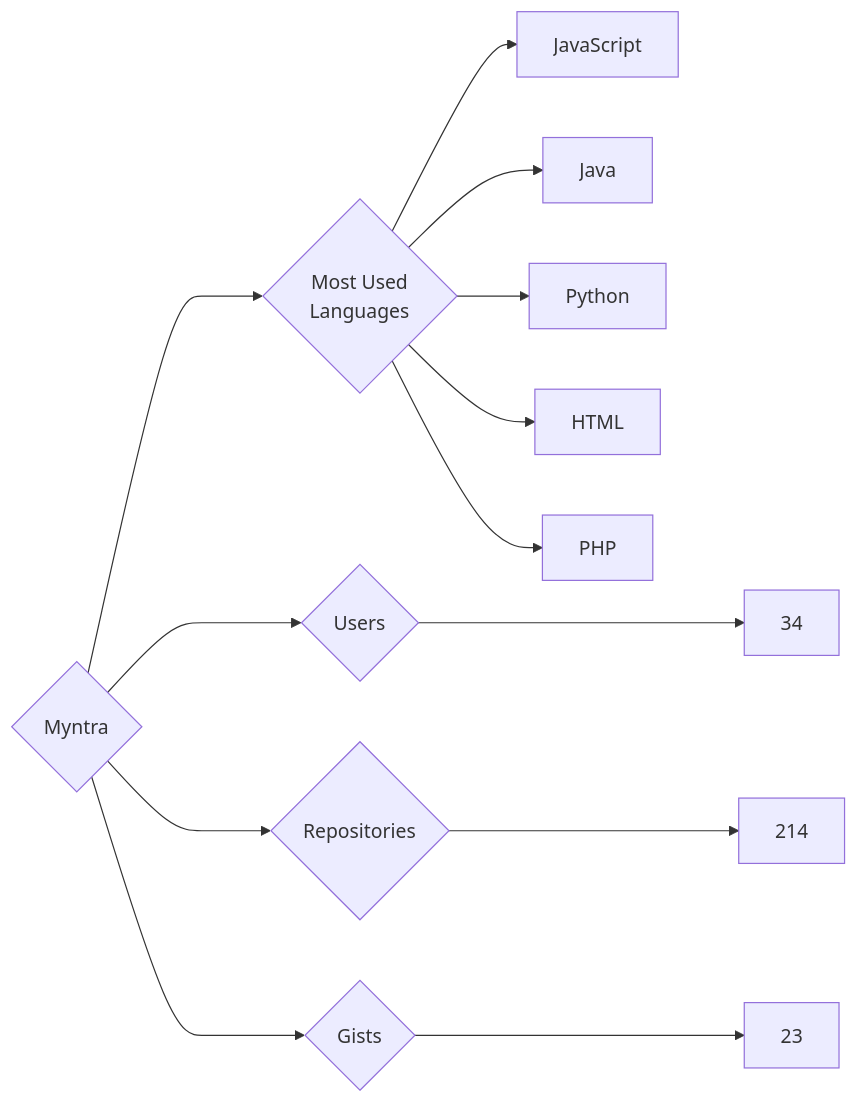
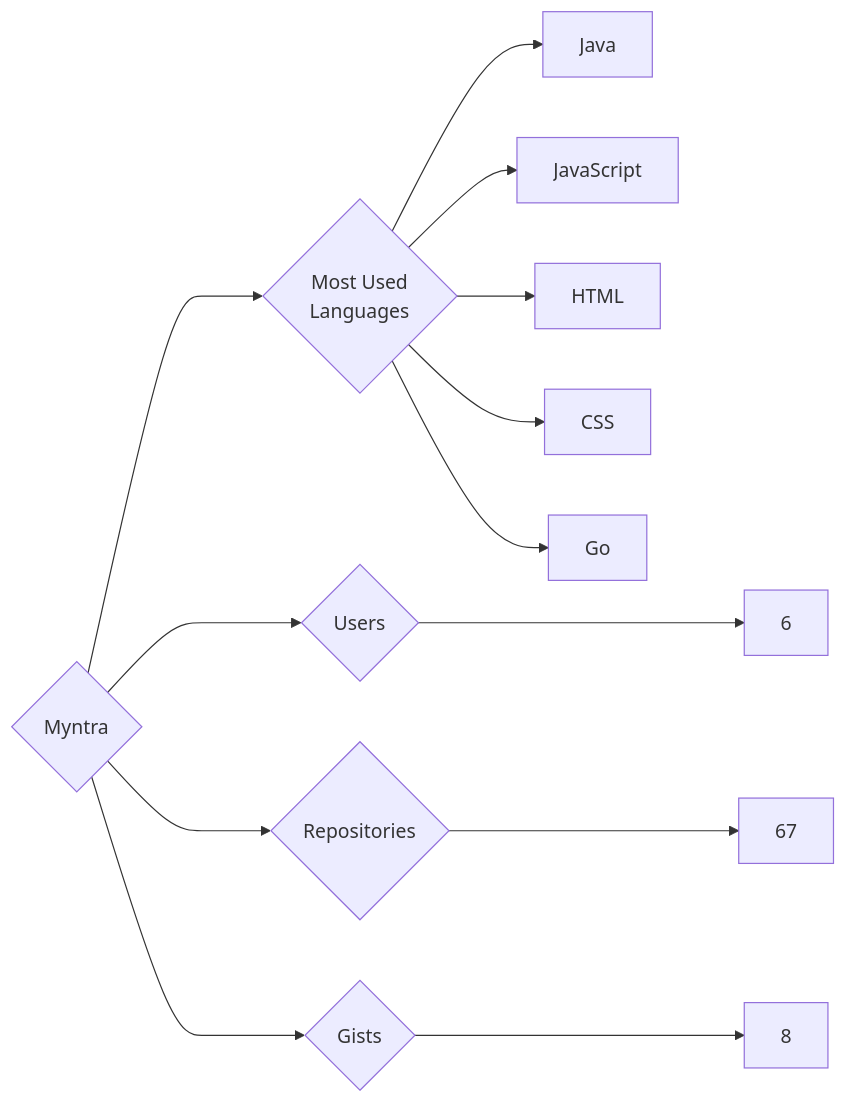
Before and after one commit to trickest/insiders: the diagram in targets/Myntra/README.md, drawn with Mermaid. The commit also changed 964 other files, not shown here.

````diff
--- a/targets/Myntra/README.md
+++ b/targets/Myntra/README.md
@@ -3,13 +3,13 @@
 ```mermaid
 graph LR
 COMPANY_NAME{Myntra}
-COMPANY_NAME ---> U{Users} ---> UN[34]
-COMPANY_NAME ---> R{Repositories} ---> RN[214]
-COMPANY_NAME ---> G{Gists} ---> GN[23]
+COMPANY_NAME ---> U{Users} ---> UN[6]
+COMPANY_NAME ---> R{Repositories} ---> RN[67]
+COMPANY_NAME ---> G{Gists} ---> GN[8]
 COMPANY_NAME ---> ML{Most Used<br>Languages}
+ML --> Java[Java]
 ML --> JavaScript[JavaScript]
-ML --> Java[Java]
-ML --> Python[Python]
 ML --> HTML[HTML]
-ML --> PHP[PHP]
+ML --> CSS[CSS]
+ML --> Go[Go]
 ```
````
